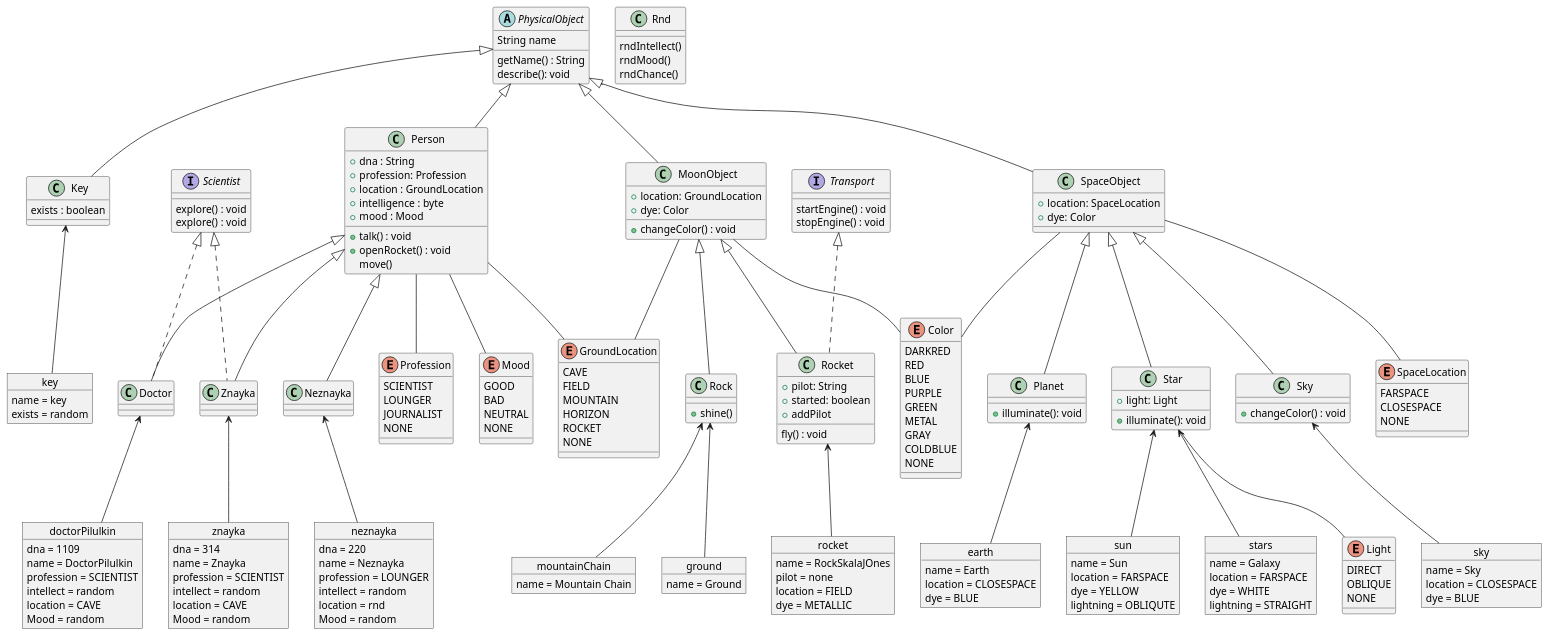
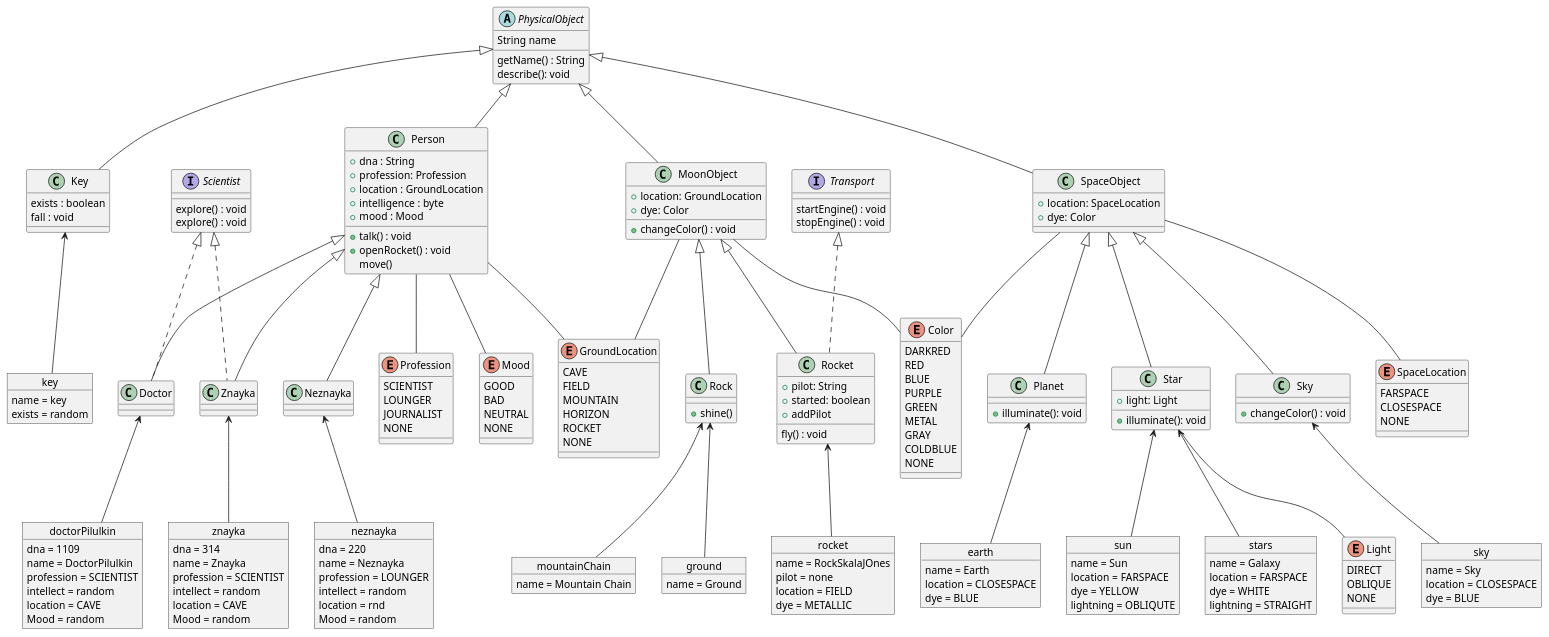
The diagram in uml.puml (tr-osfh/lab3Attempt2), drawn with PlantUML before and after one commit. The commit also changed 2 other files, not shown here.

Commit message:
Еще раз исправил uml

```diff
--- a/uml.puml
+++ b/uml.puml
@@ -9,12 +9,7 @@
 
 class Key extends PhysicalObject{
 exists : boolean
-}
-
-class Rnd{
-rndIntellect()
-rndMood()
-rndChance()
+fall : void
 }
 
 class Person extends PhysicalObject{
```
